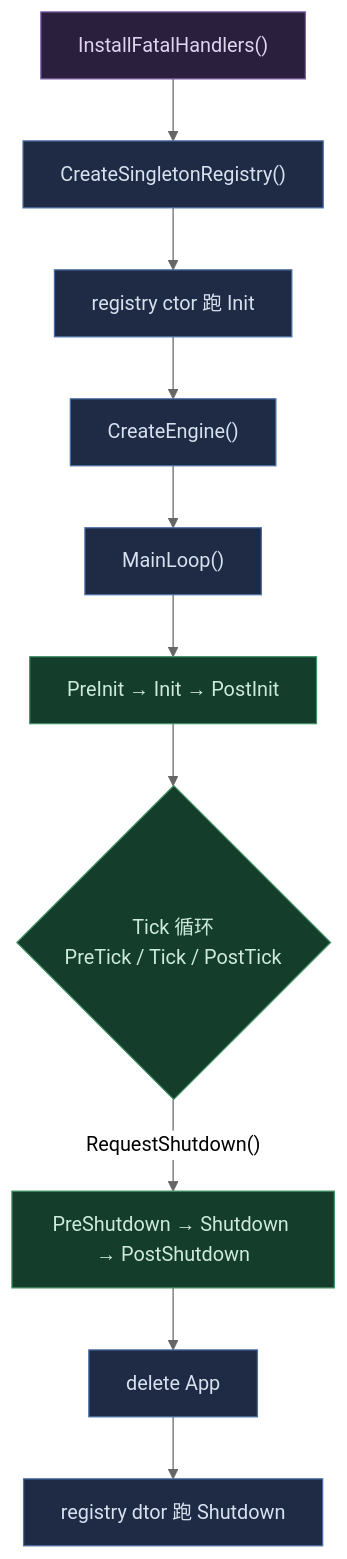
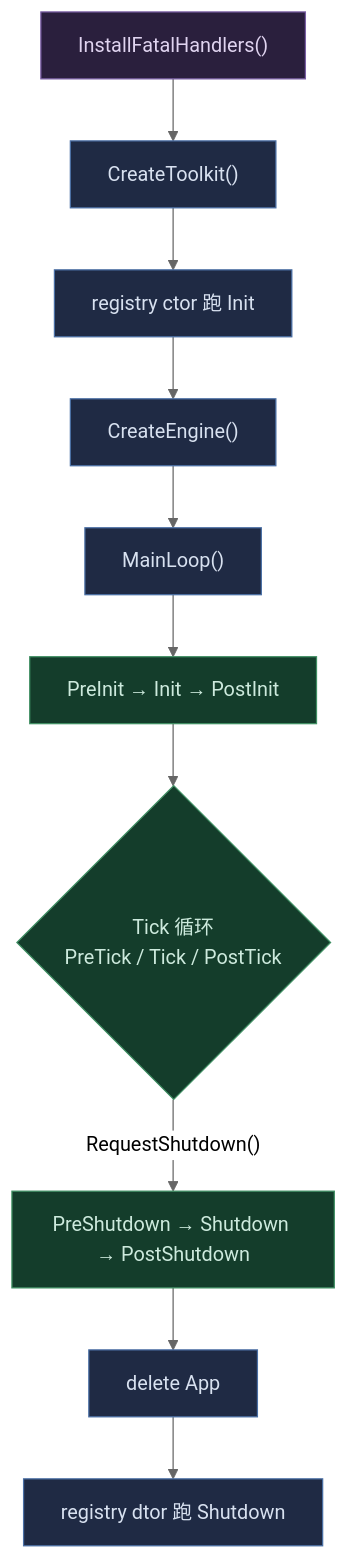
The diagram in TempRebuildCode/Maho/Source/Public/Maho.md (InputWindy/Hiyajo), drawn with Mermaid (neutral theme) before and after one commit. The commit also changed other lines of this file and 58 other files, not shown here.

````diff
--- a/TempRebuildCode/Maho/Source/Public/Maho.md
+++ b/TempRebuildCode/Maho/Source/Public/Maho.md
@@ -21,23 +21,23 @@
 ```mermaid
 flowchart TD
-    A["InstallFatalHandlers()"] --> B["CreateSingletonRegistry()"]
+    A["InstallFatalHandlers()"] --> B["CreateToolkit()"]
     B --> C["registry ctor 跑 Init"]
     C --> D["CreateEngine()"]
     D --> E["MainLoop()"]
     E --> F["PreInit → Init → PostInit"]
     F --> G{"Tick 循环<br/>PreTick / Tick / PostTick"}
     G -->|"RequestShutdown()"| H["PreShutdown → Shutdown → PostShutdown"]
     H --> I["delete App"]
     I --> J["registry dtor 跑 Shutdown"]
 
     style A fill:#2a1f3d,stroke:#7a5fa5,color:#e0d4f0
     style B fill:#1f2a44,stroke:#4a6fa5,color:#d8e1f0
     style C fill:#1f2a44,stroke:#4a6fa5,color:#d8e1f0
     style D fill:#1f2a44,stroke:#4a6fa5,color:#d8e1f0
     style E fill:#1f2a44,stroke:#4a6fa5,color:#d8e1f0
     style F fill:#143d2b,stroke:#3f8f63,color:#cdeadd
     style G fill:#143d2b,stroke:#3f8f63,color:#cdeadd
     style H fill:#143d2b,stroke:#3f8f63,color:#cdeadd
     style I fill:#1f2a44,stroke:#4a6fa5,color:#d8e1f0
     style J fill:#1f2a44,stroke:#4a6fa5,color:#d8e1f0
 ```
````
